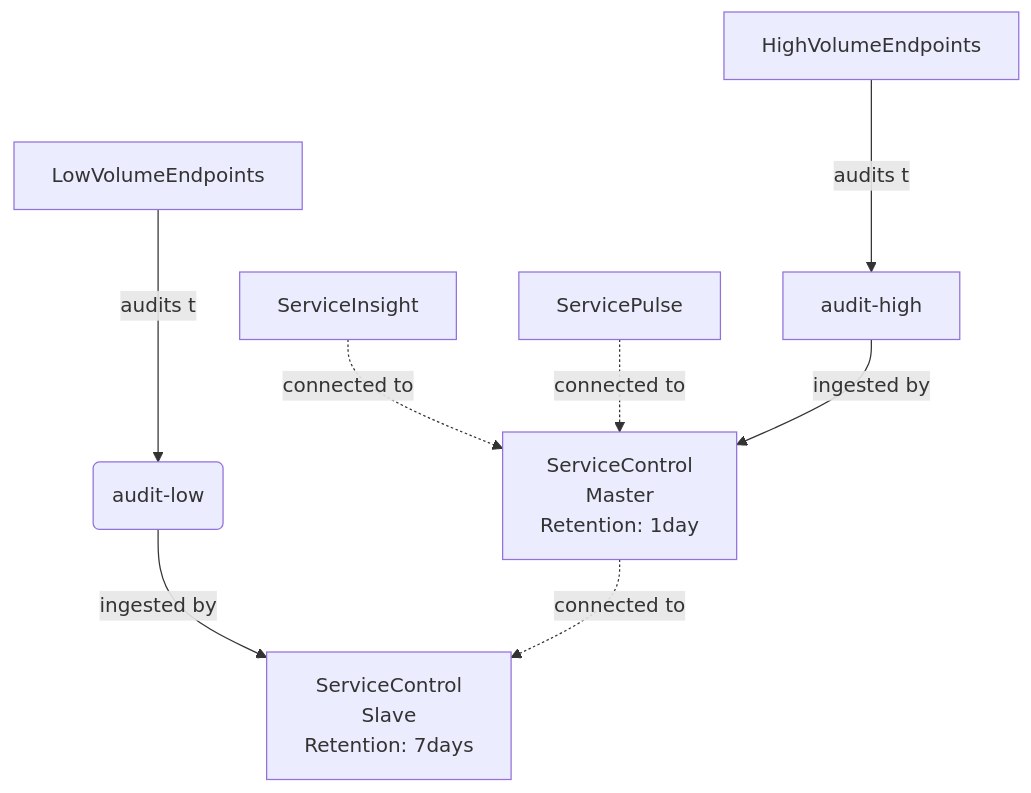
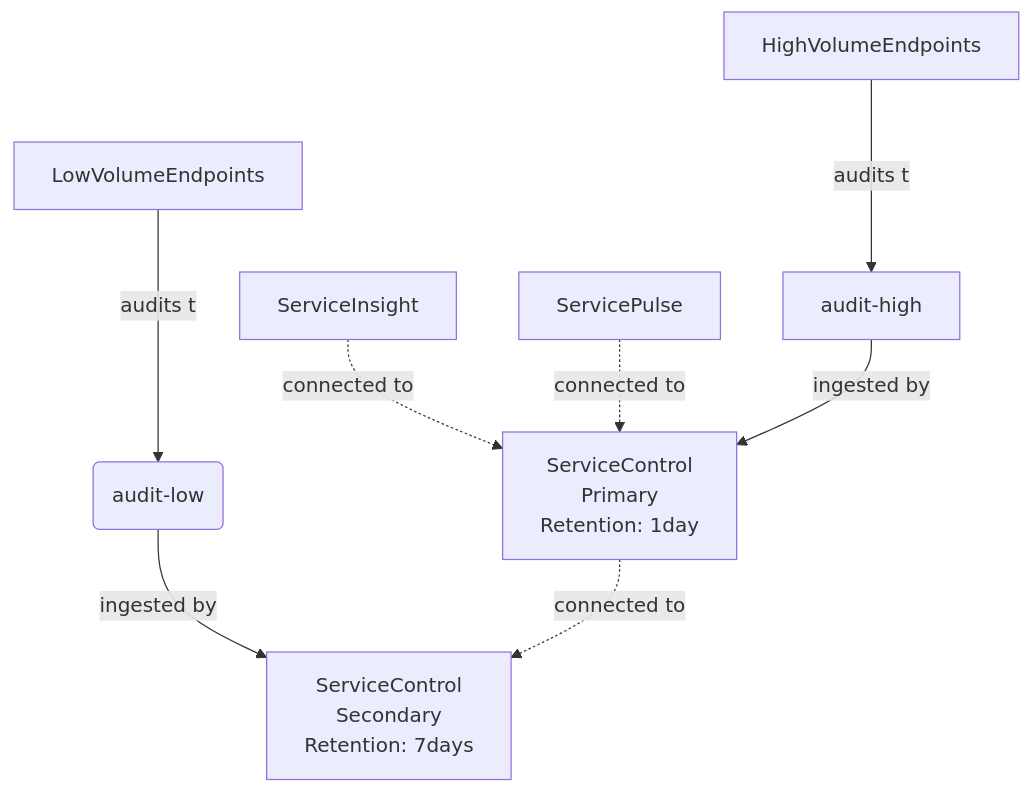
The third of 4 diagrams in servicecontrol/servicecontrol-instances/distributed-instances.md (Particular/docs.particular.net), drawn with Mermaid before and after one commit. The commit also changed other lines of this file, not shown here.

Commit message:
Master/slave -> primary/secondary

````diff
--- a/servicecontrol/servicecontrol-instances/distributed-instances.md
+++ b/servicecontrol/servicecontrol-instances/distributed-instances.md
@@ -138,12 +138,12 @@
 ```mermaid
 graph TD
-SI[ServiceInsight] -. connected to .->Master
-SP[ServicePulse] -. connected to .-> Master
+SI[ServiceInsight] -. connected to .->Primary
+SP[ServicePulse] -. connected to .-> Primary
 HighVolumeEndpoints -- audits to--> AuditsHigh[audit-high]
 LowVolumeEndpoints -- audits to--> AuditsLow(audit-low)
-Master[ServiceControl<br/>Master<br/>Retention: 1day]
-Slave[ServiceControl<br/>Slave<br/>Retention: 7days]
-AuditsHigh-- ingested by --> Master
-AuditsLow-- ingested by --> Slave
-Master -. connected to .-> Slave
+Primary[ServiceControl<br/>Primary<br/>Retention: 1day]
+Secondary[ServiceControl<br/>Secondary<br/>Retention: 7days]
+AuditsHigh-- ingested by --> Primary
+AuditsLow-- ingested by --> Secondary
+Primary -. connected to .-> Secondary
 ```
````
